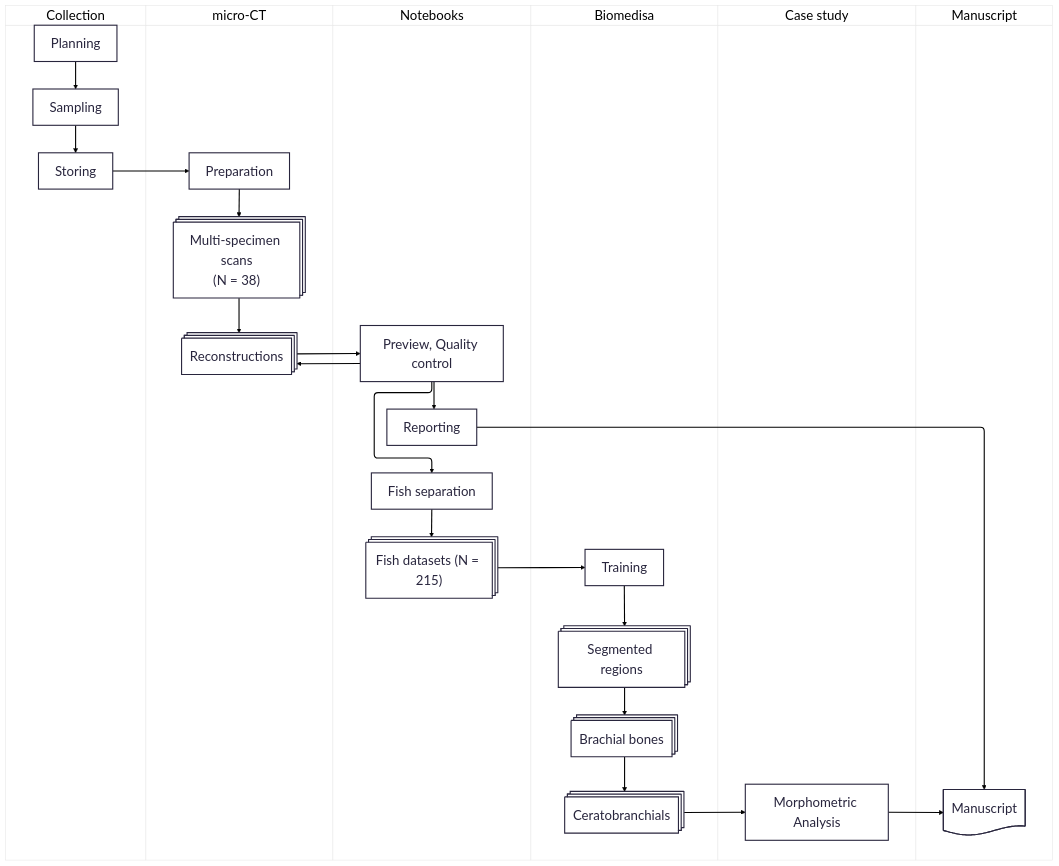
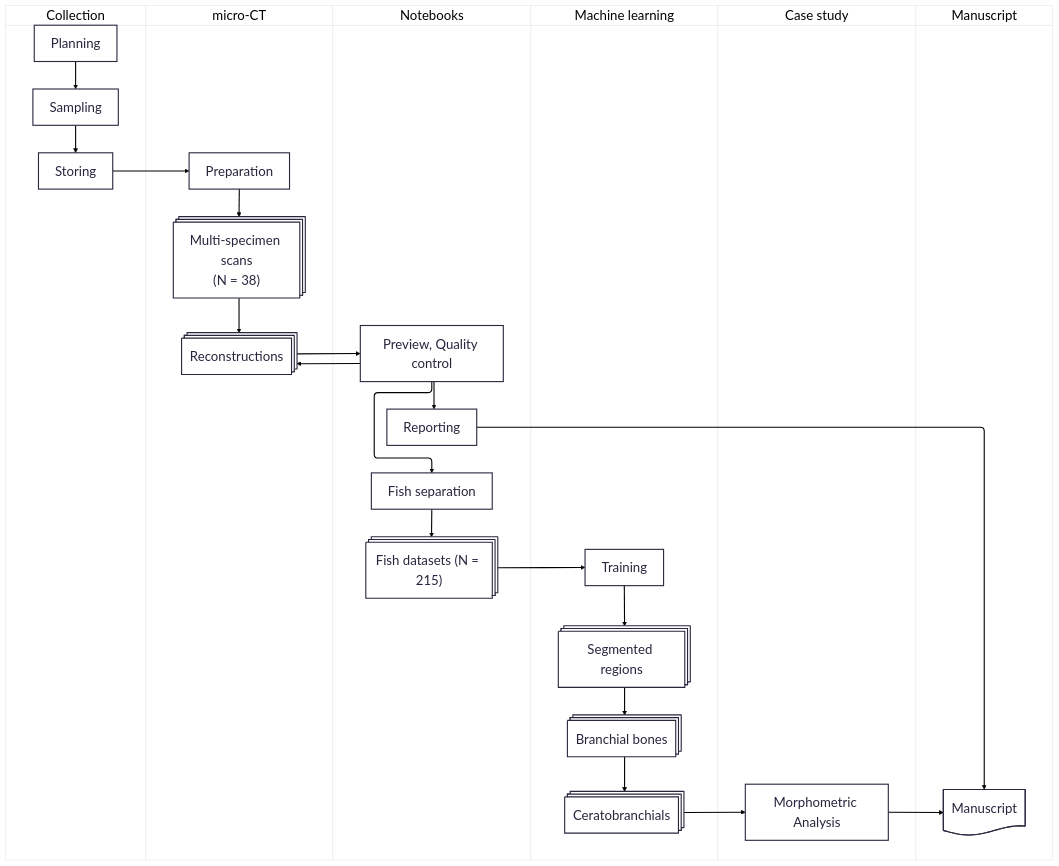
The diagram in v/latest/images/workflow.mmd (habi/sticklebacks-manuscript), drawn with Mermaid before and after one commit. The commit also changed 40 other files, not shown here.

First line of the commit message:
Improve caption of workflow figure [ci skip]

```diff
--- a/v/latest/images/workflow.mmd
+++ b/v/latest/images/workflow.mmd
@@ -1,49 +1,49 @@
 ---
 config:
     theme: redux-color
     themeVariables:
         fontSize: 18pt
 ---
 %% Render the thing at https://mermaid.live/ for best results
 swimlane-beta TB
 
 subgraph collection["Collection"]
     Planning --> Sampling --> Storing
 end
 
 Storing --> setup
 
 subgraph imaging["micro-CT"]
     setup["Preparation"] --> scan@{ shape: procs, label: "Multi-specimen scans\n(N = 38)" }
     scan --> rec@{ shape: procs, label: "Reconstructions" }
 end
 
 rec --> preview["Preview, Quality control"]
 
 subgraph notebooks["Notebooks"]
     preview --> separation["Fish separation"]
     separation --> fishid@{ shape: procs, label: "Fish datasets (N = 215)" }
     preview --> rec
     preview --> Reporting   
 end
 
 fishid --> Training
 Reporting --> manubot
 
-subgraph segmentation["Biomedisa"]
+subgraph segmentation["Machine learning"]
     Training --> regions@{ shape: procs, label: "Segmented regions" }
-    regions --> jaws@{ shape: procs, label: "Brachial bones" }
+    regions --> jaws@{ shape: procs, label: "Branchial bones" }
     jaws --> rakers@{ shape: procs, label: "Ceratobranchials" }
 end
 
 rakers --> morph
 
 subgraph analysis["Case study"]
     morph["Morphometric Analysis"]
 end
 
 subgraph manuscript["Manuscript"]
     manubot@{ shape: doc, label: "Manuscript" }
 end
 
 morph --> manubot
```
